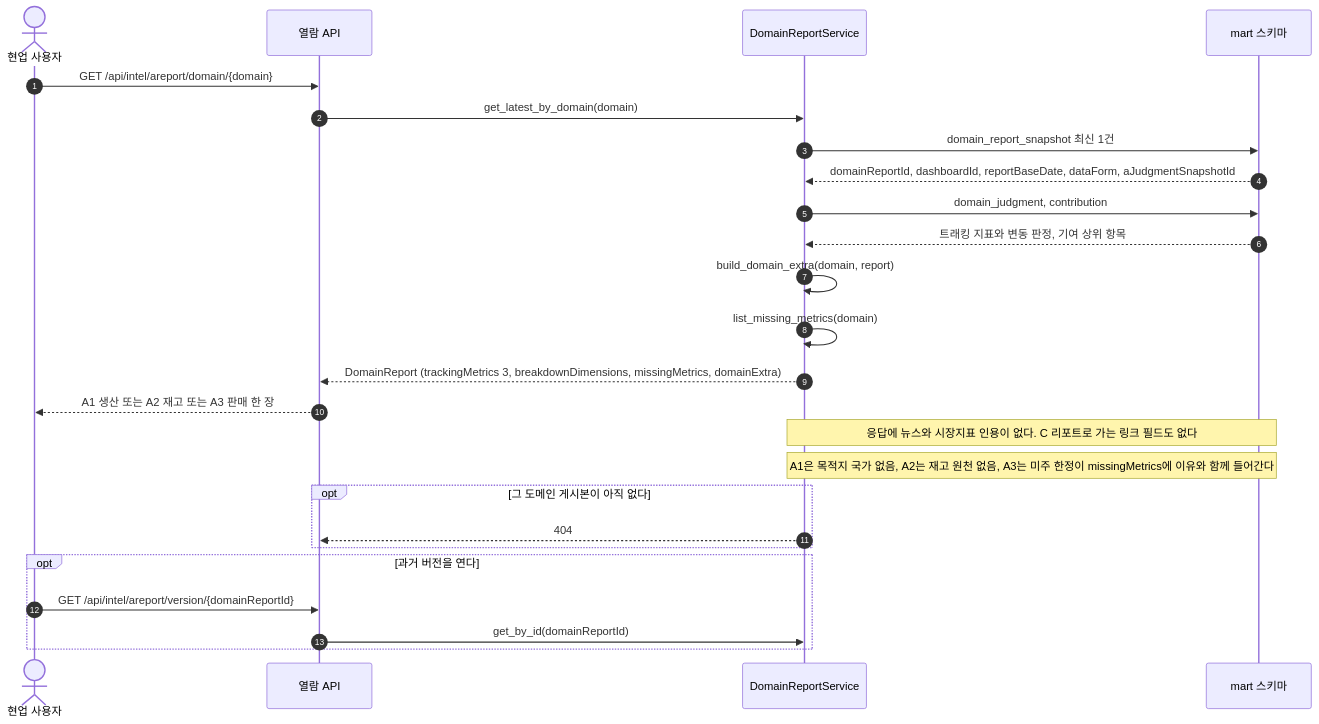
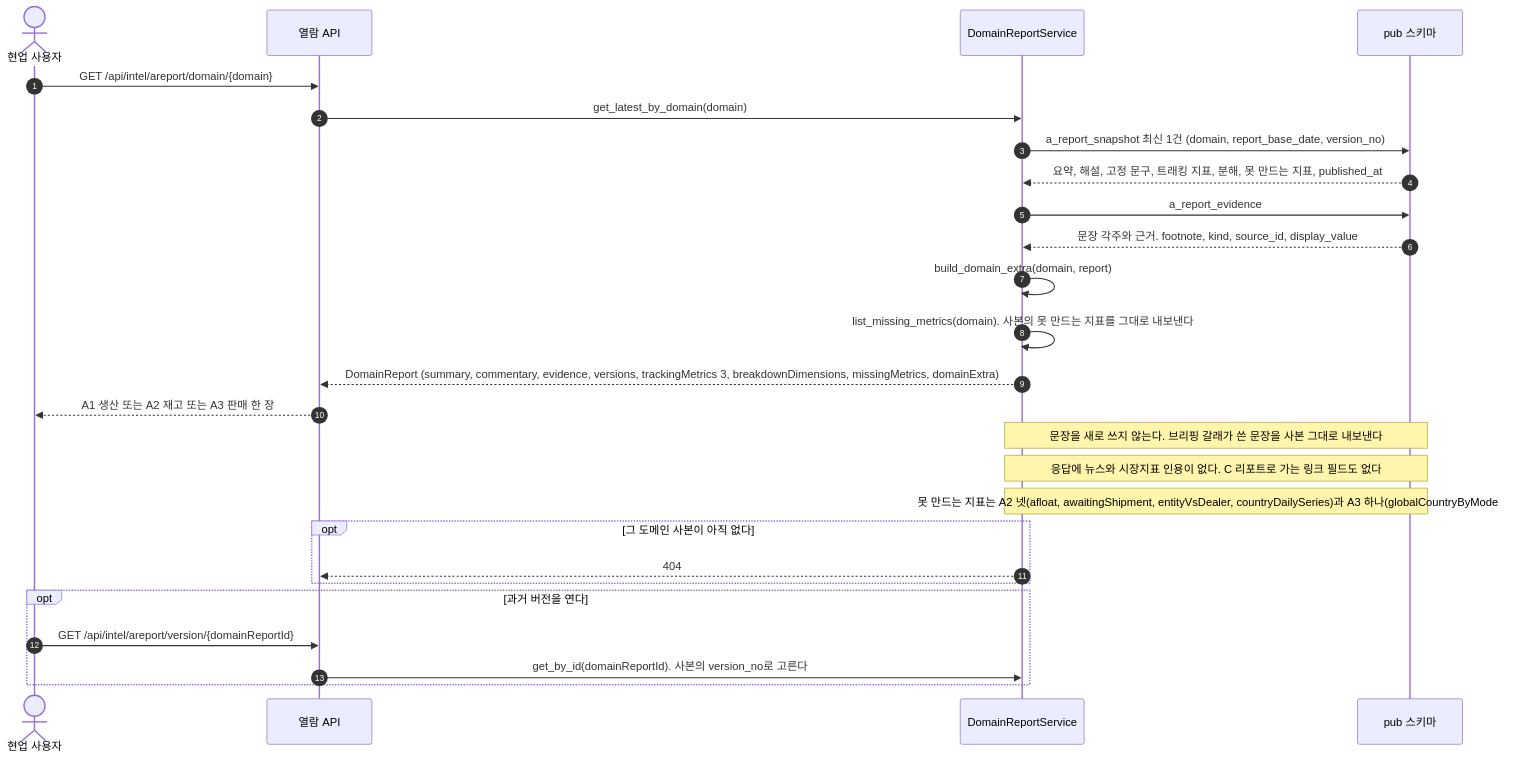
The second of 14 diagrams in docs/specs/09-SEQ/TBL-SEQ-001.md (HoyoungParkme/tableau_platform), drawn with Mermaid before and after one commit. The commit also changed other lines of this file, not shown here.

Commit message:
교차 검증 반영: A 리포트 열람 게시 사본 경로 확정(F1 닫음), 도메인 상태 신호등을 5단계 산출물로, notices와 소스별 최신일 게시, 백필 분기, 자기호출 라벨을 MS 이름에 맞춤, named_by=representativeArticle

````diff
--- a/docs/specs/09-SEQ/TBL-SEQ-001.md
+++ b/docs/specs/09-SEQ/TBL-SEQ-001.md
@@ -125,27 +127,28 @@
 ```mermaid
 sequenceDiagram
   autonumber
   actor H as 현업 사용자
   participant API as 열람 API
   participant DRS as DomainReportService
-  participant DB_MART as mart 스키마
+  participant DB_PUB as pub 스키마
   H->>API: GET /api/intel/areport/domain/{domain}
   API->>DRS: get_latest_by_domain(domain)
-  DRS->>DB_MART: domain_report_snapshot 최신 1건
-  DB_MART-->>DRS: domainReportId, dashboardId, reportBaseDate, dataForm, aJudgmentSnapshotId
-  DRS->>DB_MART: domain_judgment, contribution
-  DB_MART-->>DRS: 트래킹 지표와 변동 판정, 기여 상위 항목
+  DRS->>DB_PUB: a_report_snapshot 최신 1건 (domain, report_base_date, version_no)
+  DB_PUB-->>DRS: 요약, 해설, 고정 문구, 트래킹 지표, 분해, 못 만드는 지표, published_at
+  DRS->>DB_PUB: a_report_evidence
+  DB_PUB-->>DRS: 문장 각주와 근거. footnote, kind, source_id, display_value
   DRS->>DRS: build_domain_extra(domain, report)
-  DRS->>DRS: list_missing_metrics(domain)
-  DRS-->>API: DomainReport (trackingMetrics 3, breakdownDimensions, missingMetrics, domainExtra)
+  DRS->>DRS: list_missing_metrics(domain). 사본의 못 만드는 지표를 그대로 내보낸다
+  DRS-->>API: DomainReport (summary, commentary, evidence, versions, trackingMetrics 3, breakdownDimensions, missingMetrics, domainExtra)
   API-->>H: A1 생산 또는 A2 재고 또는 A3 판매 한 장
-  Note over DRS,DB_MART: 응답에 뉴스와 시장지표 인용이 없다. C 리포트로 가는 링크 필드도 없다
-  Note over DRS,DB_MART: A1은 목적지 국가 없음, A2는 재고 원천 없음, A3는 미주 한정이 missingMetrics에 이유와 함께 들어간다
-  opt 그 도메인 게시본이 아직 없다
+  Note over DRS,DB_PUB: 문장을 새로 쓰지 않는다. 브리핑 갈래가 쓴 문장을 사본 그대로 내보낸다
+  Note over DRS,DB_PUB: 응답에 뉴스와 시장지표 인용이 없다. C 리포트로 가는 링크 필드도 없다
+  Note over DRS,DB_PUB: 못 만드는 지표는 A2 넷(afloat, awaitingShipment, entityVsDealer, countryDailySeries)과 A3 하나(globalCountryByModel)다
+  opt 그 도메인 사본이 아직 없다
     DRS-->>API: 404
   end
   opt 과거 버전을 연다
     H->>API: GET /api/intel/areport/version/{domainReportId}
-    API->>DRS: get_by_id(domainReportId)
+    API->>DRS: get_by_id(domainReportId). 사본의 version_no로 고른다
   end
 ```
````
